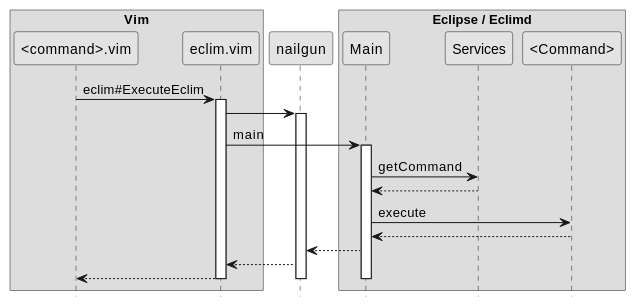
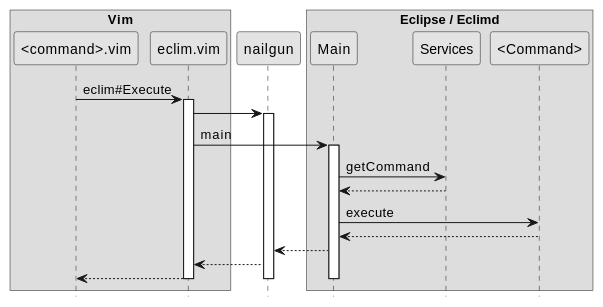
Before and after one commit to ervandew/eclim: the first of 3 diagrams in doc/content/development/architecture.rst, drawn with PlantUML. The commit also changed other lines of this file and 49 other files, not shown here.

```diff
--- a/doc/content/development/architecture.rst
+++ b/doc/content/development/architecture.rst
@@ -25,35 +25,35 @@
 .. uml::
 
    skinparam monochrome true
    hide footbox
    box "Vim"
      participant "<command>.vim"
      participant eclim.vim
    end box
    participant nailgun
    box "Eclipse / Eclimd"
      participant Main
      participant Services
      participant "<Command>"
    end box
 
-   "<command>.vim" -> eclim.vim : eclim#ExecuteEclim
+   "<command>.vim" -> eclim.vim : eclim#Execute
    activate eclim.vim
 
    eclim.vim -> nailgun
    activate nailgun
 
    eclim.vim -> Main : main
    activate Main
 
    Main -> Services : getCommand
    Services --> Main
    Main -> "<Command>" : execute
    "<Command>" --> Main
    Main --> nailgun
    nailgun --> eclim.vim
    eclim.vim --> "<command>.vim"
 
    deactivate Main
    deactivate nailgun
    deactivate eclim.vim
```
